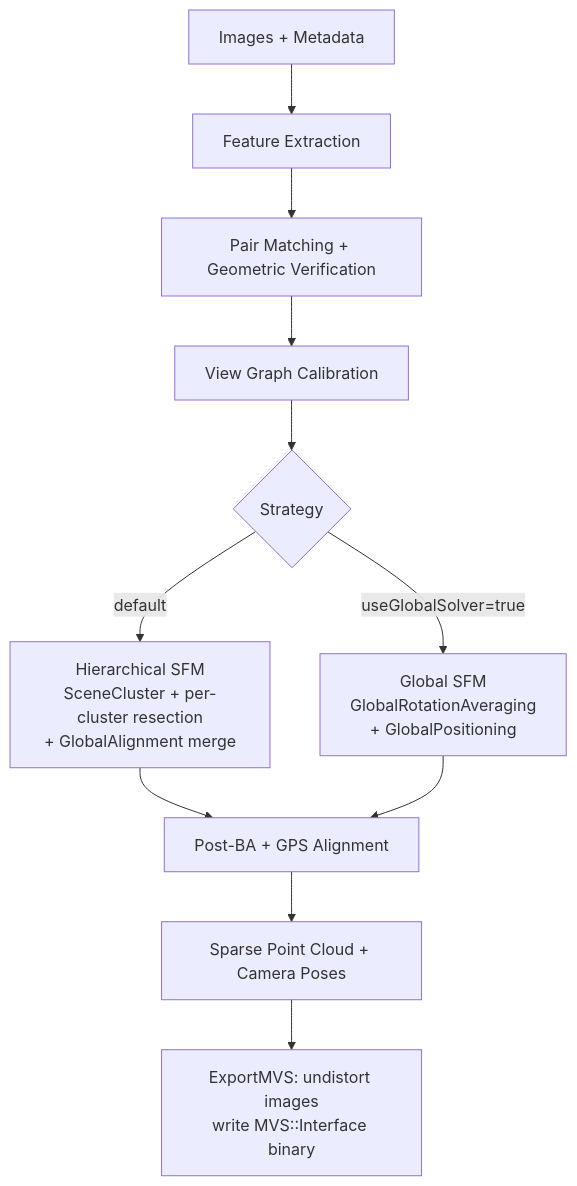
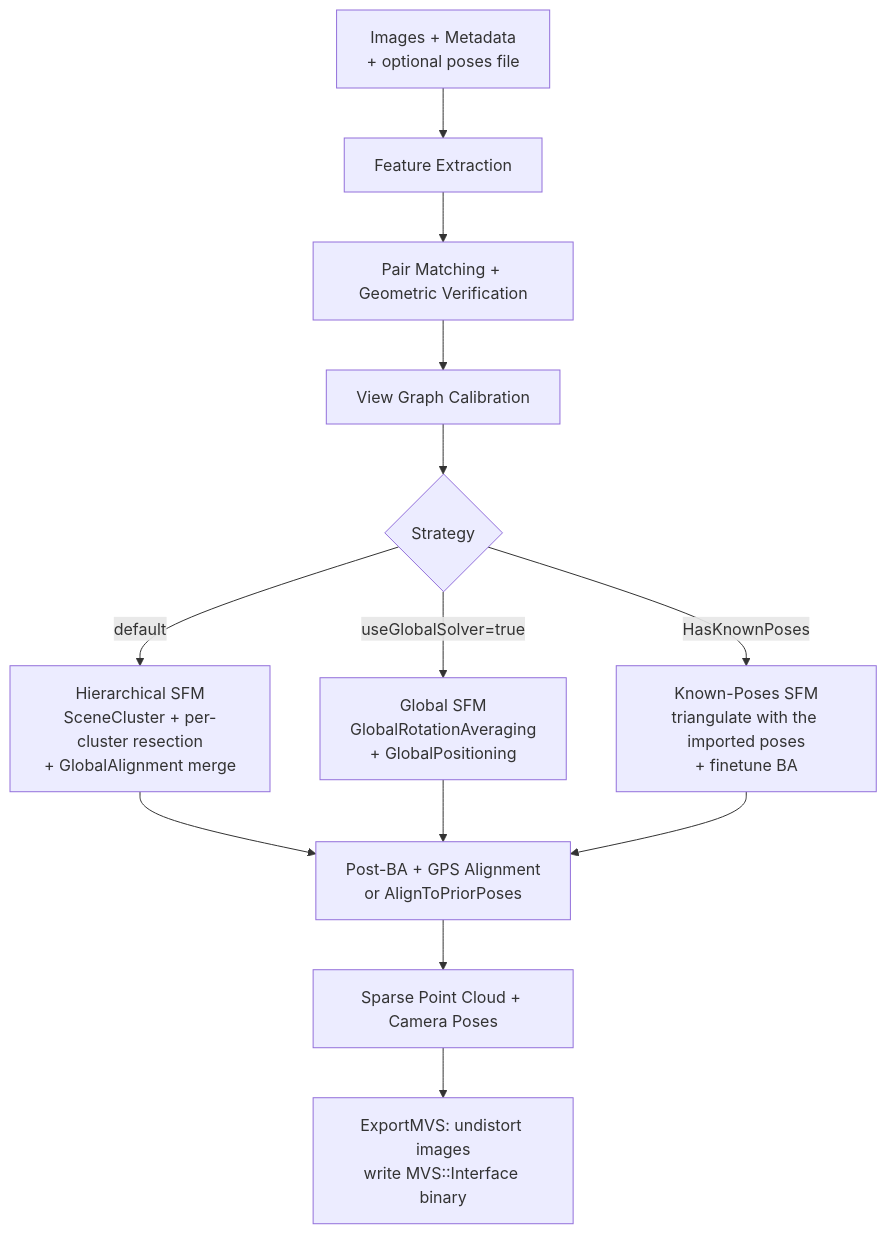
Before and after one commit to cdcseacave/openMVS: the third of 5 diagrams in docs/architecture.md, drawn with Mermaid. The commit also changed other lines of this file and 20 other files, not shown here.

````diff
--- a/docs/architecture.md
+++ b/docs/architecture.md
@@ -169,13 +169,15 @@
 ```mermaid
 graph TD
-    A[Images + Metadata] --> B[Feature Extraction]
+    A[Images + Metadata<br/>+ optional poses file] --> B[Feature Extraction]
     B --> C[Pair Matching + Geometric Verification]
     C --> D[View Graph Calibration]
     D --> E{Strategy}
     E -->|default| F[Hierarchical SFM<br/>SceneCluster + per-cluster resection<br/>+ GlobalAlignment merge]
     E -->|useGlobalSolver=true| G[Global SFM<br/>GlobalRotationAveraging<br/>+ GlobalPositioning]
-    F --> H[Post-BA + GPS Alignment]
+    E -->|HasKnownPoses| K[Known-Poses SFM<br/>triangulate with the imported poses<br/>+ finetune BA]
+    F --> H[Post-BA + GPS Alignment<br/>or AlignToPriorPoses]
     G --> H
+    K --> H
     H --> I[Sparse Point Cloud + Camera Poses]
     I --> J[ExportMVS: undistort images<br/>write MVS::Interface binary]
 ```
````
